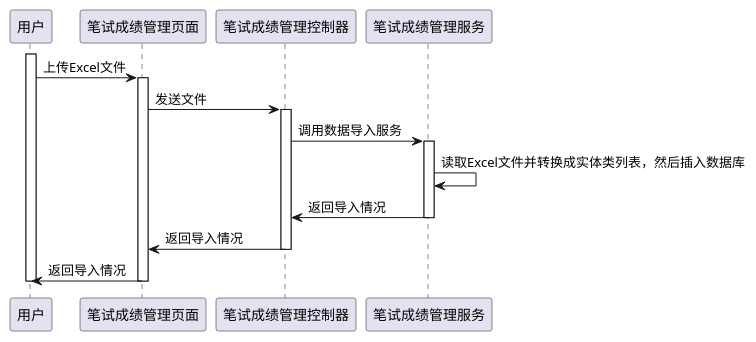
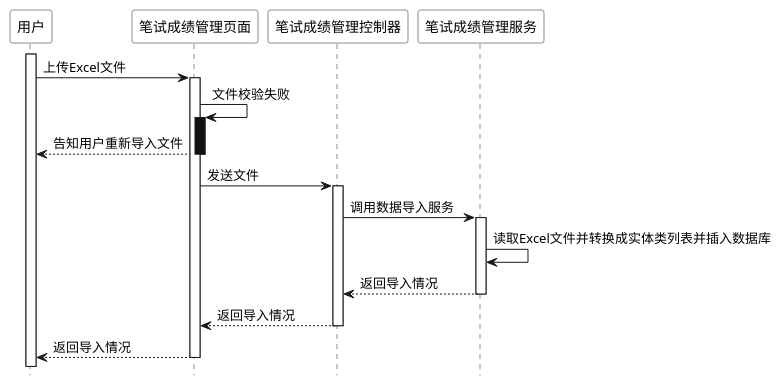
The diagram in resouces/drawio/UML_Sequence/manage-written/import.puml (coderyjc/certificate_analysis), drawn with PlantUML before and after one commit. The commit also changed 12 other files, not shown here.

Commit message:
更新UML序列图

```diff
--- a/resouces/drawio/UML_Sequence/manage-written/import.puml
+++ b/resouces/drawio/UML_Sequence/manage-written/import.puml
@@ -1,32 +1,41 @@
 @startuml written_import
+
+hide footbox
+skinparam sequence {
+  ParticipantBackgroundColor #ffffff
+  ParticipantFontColor #000000
+}
 
 participant 用户
 participant 笔试成绩管理页面
 participant 笔试成绩管理控制器
 participant 笔试成绩管理服务
 
 activate 用户
 用户 -> 笔试成绩管理页面: 上传Excel文件
+
 activate 笔试成绩管理页面
+笔试成绩管理页面 -> 笔试成绩管理页面: 文件校验失败
+
+activate 笔试成绩管理页面 #1
+笔试成绩管理页面 --> 用户: 告知用户重新导入文件
+deactivate 笔试成绩管理页面 #1
 
 笔试成绩管理页面 -> 笔试成绩管理控制器: 发送文件
+
 activate 笔试成绩管理控制器
+笔试成绩管理控制器 -> 笔试成绩管理服务: 调用数据导入服务
 
-笔试成绩管理控制器 -> 笔试成绩管理服务: 调用数据导入服务
 activate 笔试成绩管理服务
+笔试成绩管理服务 -> 笔试成绩管理服务: 读取Excel文件并转换成实体类列表并插入数据库
 
-笔试成绩管理服务 -> 笔试成绩管理服务: 读取Excel文件并转换成实体类列表，然后插入数据库
-笔试成绩管理服务 -> 笔试成绩管理控制器: 返回导入情况
-
+笔试成绩管理服务 --> 笔试成绩管理控制器: 返回导入情况
 deactivate 笔试成绩管理服务
 
-笔试成绩管理控制器 -> 笔试成绩管理页面: 返回导入情况
-
+笔试成绩管理控制器 --> 笔试成绩管理页面: 返回导入情况
 deactivate 笔试成绩管理控制器
 
-笔试成绩管理页面 -> 用户: 返回导入情况
-
+笔试成绩管理页面 --> 用户: 返回导入情况
 deactivate 笔试成绩管理页面
-deactivate 用户
 
 @enduml
```
